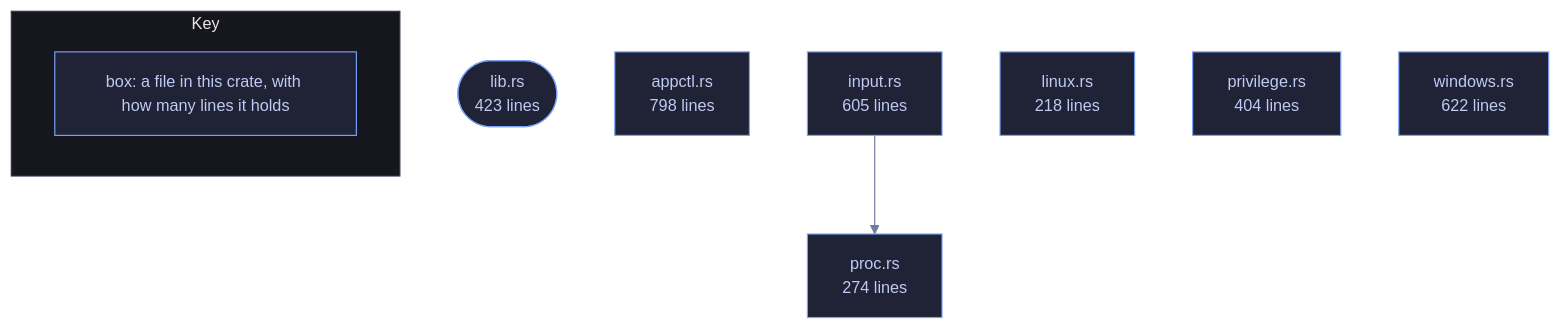
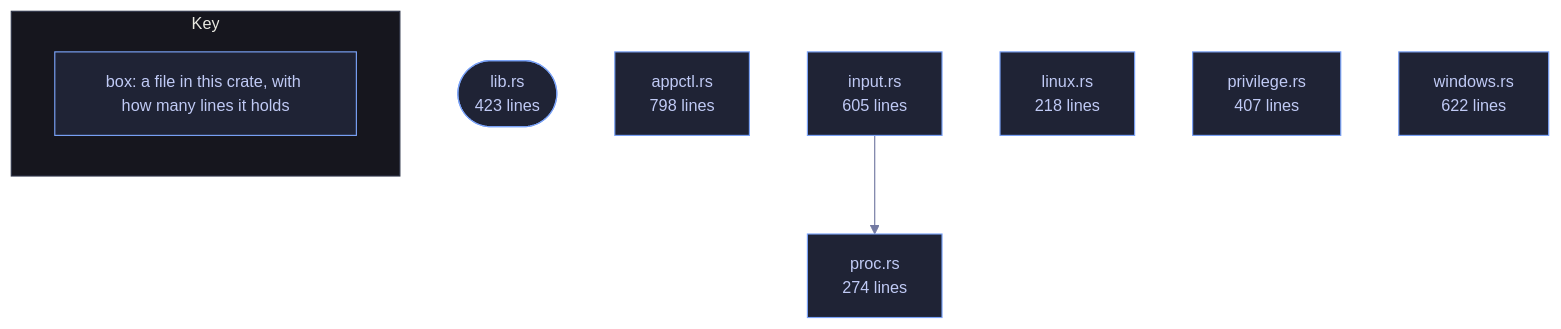
One commit to tilas01/veilvoice changed the diagram in crates/veilvoice-watch/README.md. Above: the diagram before and after it, drawn with Mermaid. The commit also changed other lines of this file and 514 other files, not shown here.

````diff
--- a/crates/veilvoice-watch/README.md
+++ b/crates/veilvoice-watch/README.md
@@ -81,23 +81,23 @@
 ```mermaid
 %%{init: {"theme":"base","themeVariables":{"background":"#1a1b26","primaryColor":"#1f2335","primaryTextColor":"#c0caf5","primaryBorderColor":"#7aa2f7","secondaryColor":"#16161e","tertiaryColor":"#16161e","lineColor":"#737aa2","textColor":"#c0caf5","mainBkg":"#1f2335","nodeBorder":"#7aa2f7","clusterBkg":"#16161e","clusterBorder":"#2f3549","fontFamily":"ui-monospace, SFMono-Regular, Consolas, monospace","fontSize":"14px"}}}%%
 flowchart TD
     n_lib(["lib.rs<br/>423 lines"])
     n_appctl["appctl.rs<br/>798 lines"]
     n_input["input.rs<br/>605 lines"]
     n_linux["linux.rs<br/>218 lines"]
-    n_privilege["privilege.rs<br/>404 lines"]
+    n_privilege["privilege.rs<br/>407 lines"]
     n_proc["proc.rs<br/>274 lines"]
     n_windows["windows.rs<br/>622 lines"]
     n_input --> n_proc
     click n_lib href "https://github.com/tilas01/veilvoice/blob/main/crates/veilvoice-watch/src/lib.rs" "open the source"
     click n_appctl href "https://github.com/tilas01/veilvoice/blob/main/crates/veilvoice-watch/src/appctl.rs" "open the source"
     click n_input href "https://github.com/tilas01/veilvoice/blob/main/crates/veilvoice-watch/src/input.rs" "open the source"
     click n_linux href "https://github.com/tilas01/veilvoice/blob/main/crates/veilvoice-watch/src/linux.rs" "open the source"
     click n_privilege href "https://github.com/tilas01/veilvoice/blob/main/crates/veilvoice-watch/src/privilege.rs" "open the source"
     click n_proc href "https://github.com/tilas01/veilvoice/blob/main/crates/veilvoice-watch/src/proc.rs" "open the source"
     click n_windows href "https://github.com/tilas01/veilvoice/blob/main/crates/veilvoice-watch/src/windows.rs" "open the source"
     subgraph chart_key ["Key"]
         direction LR
         key_box["box: a file in this crate, with how many lines it holds"]
     end
 ```
````
